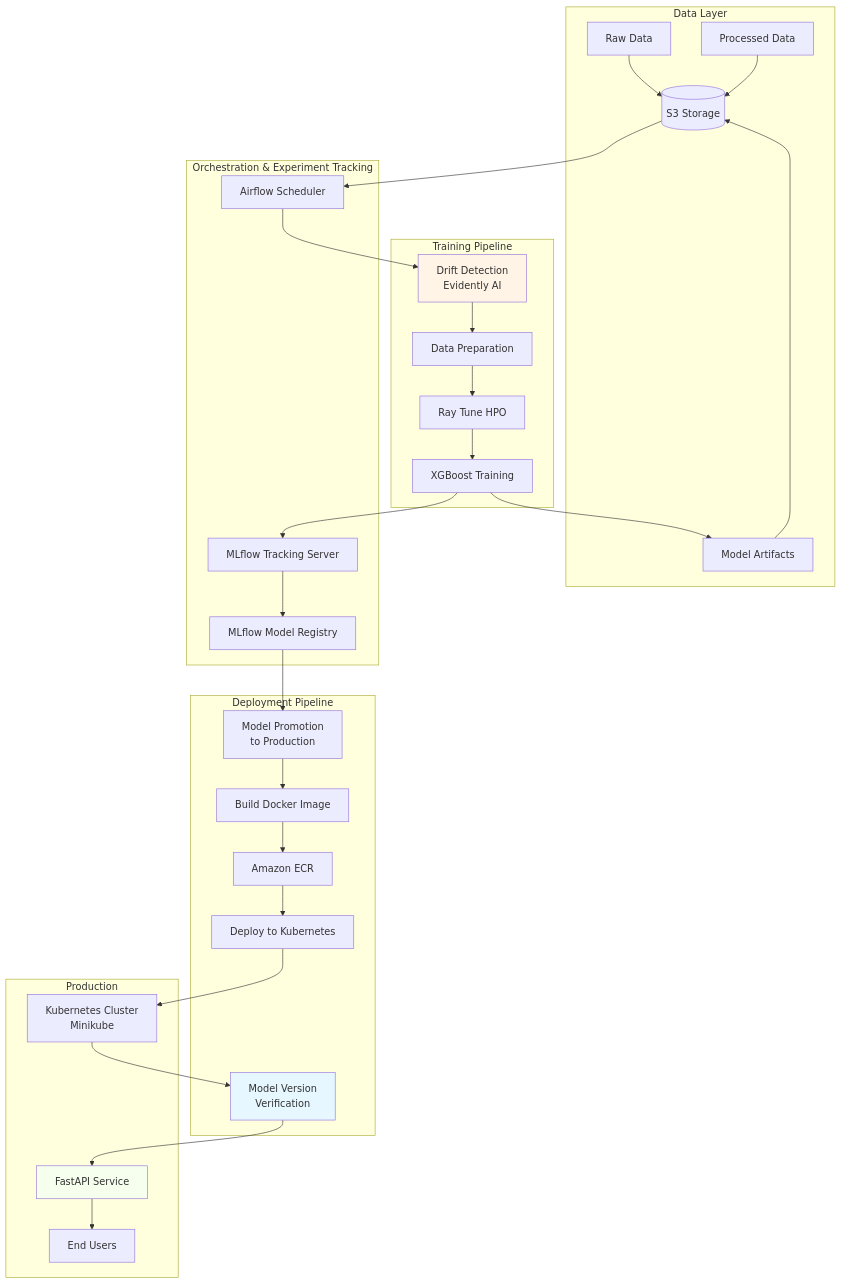
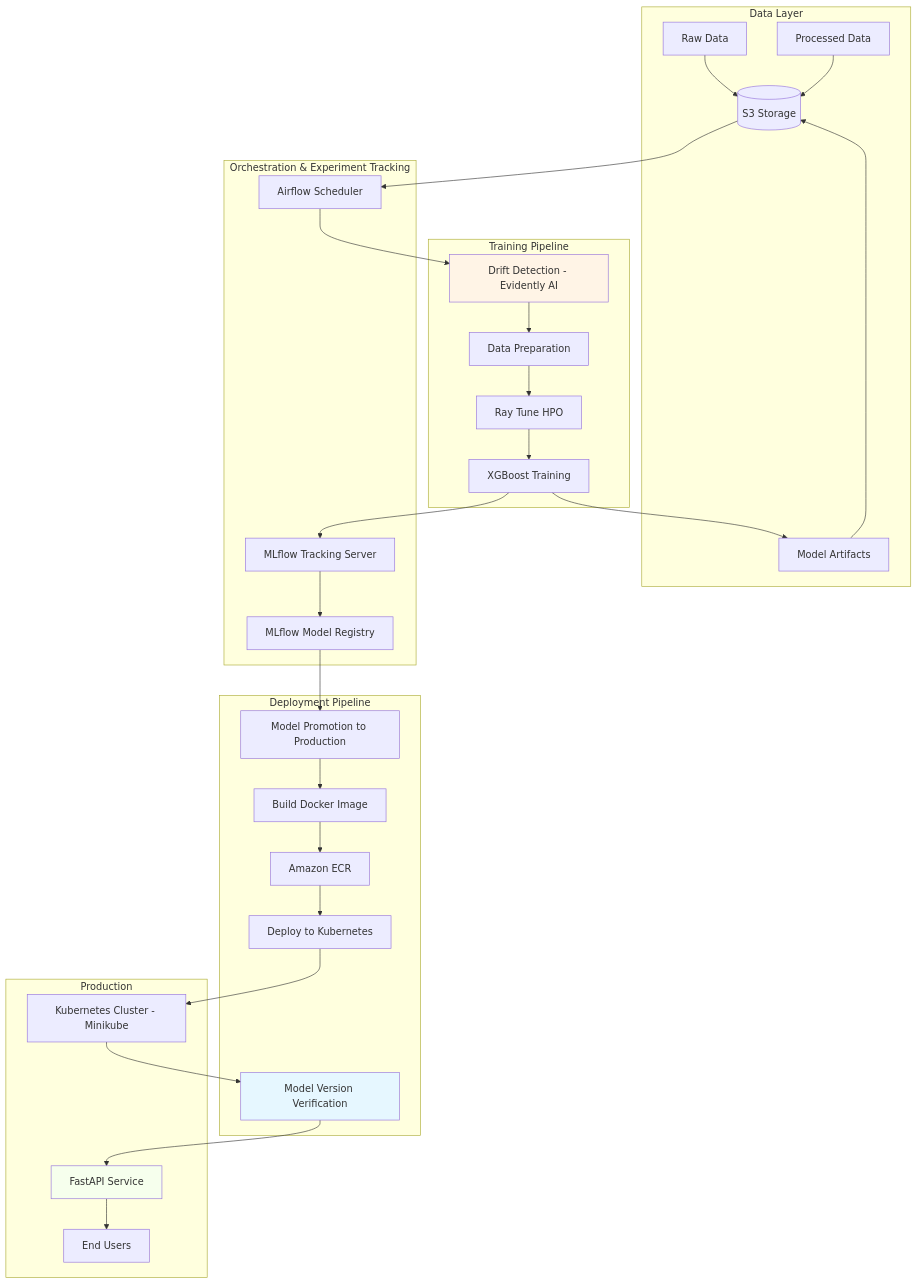
One commit to bencappello/health-predict changed the diagram in README.md. Above: the diagram before and after it, drawn with Mermaid. The commit also changed other lines of this file and 1 other file, not shown here.

Commit message:
fix: correct Mermaid diagram syntax for proper rendering
- Remove HTML br tags from node labels
- Use proper subgraph syntax with aliases
- Simplify labels for better Mermaid parser compatibility

````diff
--- a/README.md
+++ b/README.md
@@ -13,61 +13,61 @@
 ```mermaid
 graph TB
-    subgraph "Data Layer"
+    subgraph DataLayer["Data Layer"]
         S3[(S3 Storage)]
         RawData[Raw Data]
         ProcessedData[Processed Data]
         Models[Model Artifacts]
     end
     
-    subgraph "Orchestration & Experiment Tracking"
+    subgraph Orchestration["Orchestration & Experiment Tracking"]
         Airflow[Airflow Scheduler]
         MLflow[MLflow Tracking Server]
         Registry[MLflow Model Registry]
     end
     
-    subgraph "Training Pipeline"
-        DriftDetect[Drift Detection<br/>Evidently AI]
+    subgraph Training["Training Pipeline"]
+        DriftDetect[Drift Detection - Evidently AI]
         DataPrep[Data Preparation]
         RayTune[Ray Tune HPO]
-        Training[XGBoost Training]
+        TrainingTask[XGBoost Training]
    end
     
-    subgraph "Deployment Pipeline"
-        ModelPromotion[Model Promotion<br/>to Production]
+    subgraph Deployment["Deployment Pipeline"]
+        ModelPromotion[Model Promotion to Production]
         DockerBuild[Build Docker Image]
         ECR[Amazon ECR]
         K8sDeploy[Deploy to Kubernetes]
-        Verify[Model Version<br/>Verification]
+        Verify[Model Version Verification]
     end
     
-    subgraph "Production"
-        K8s[Kubernetes Cluster<br/>Minikube]
+    subgraph Production["Production"]
+        K8s[Kubernetes Cluster - Minikube]
         API[FastAPI Service]
         Users[End Users]
     end
     
     RawData --> S3
     S3 --> Airflow
     Airflow --> DriftDetect
     DriftDetect --> DataPrep
     DataPrep --> RayTune
-    RayTune --> Training
-    Training --> MLflow
+    RayTune --> TrainingTask
+    TrainingTask --> MLflow
     MLflow --> Registry
     Registry --> ModelPromotion
     ModelPromotion --> DockerBuild
     DockerBuild --> ECR
     ECR --> K8sDeploy
     K8sDeploy --> K8s
     K8s --> Verify
     Verify --> API
     API --> Users
     
-    Training --> Models
+    TrainingTask --> Models
     Models --> S3
     ProcessedData --> S3
     
     style DriftDetect fill:#fff4e6
     style Verify fill:#e6f7ff
     style API fill:#f6ffed
 ```
````
